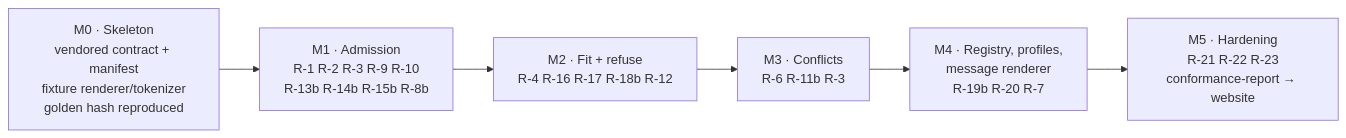
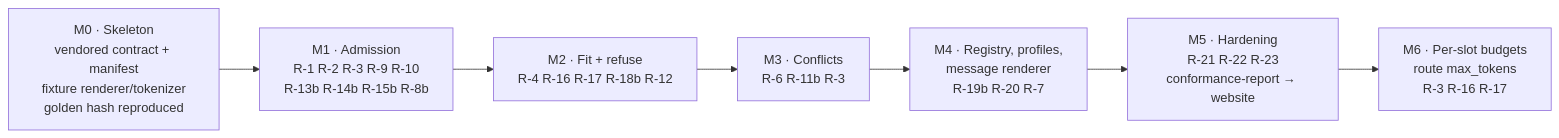
Before and after one commit to contextwindowarchitecture/assembler-python: diagram 11 of 16 in docs/DESIGN.md, drawn with Mermaid. The commit also changed other lines of this file and 21 other files, not shown here.

````diff
--- a/docs/DESIGN.md
+++ b/docs/DESIGN.md
@@ -560,8 +560,9 @@
 ```mermaid
 flowchart LR
   M0["M0 · Skeleton<br/>vendored contract + manifest<br/>fixture renderer/tokenizer<br/>golden hash reproduced"] --> M1["M1 · Admission<br/>R-1 R-2 R-3 R-9 R-10<br/>R-13b R-14b R-15b R-8b"]
   M1 --> M2["M2 · Fit + refuse<br/>R-4 R-16 R-17 R-18b R-12"]
   M2 --> M3["M3 · Conflicts<br/>R-6 R-11b R-3"]
   M3 --> M4["M4 · Registry, profiles,<br/>message renderer<br/>R-19b R-20 R-7"]
   M4 --> M5["M5 · Hardening<br/>R-21 R-22 R-23<br/>conformance-report → website"]
+  M5 --> M6["M6 · Per-slot budgets<br/>route max_tokens<br/>R-3 R-16 R-17"]
 ```
````
